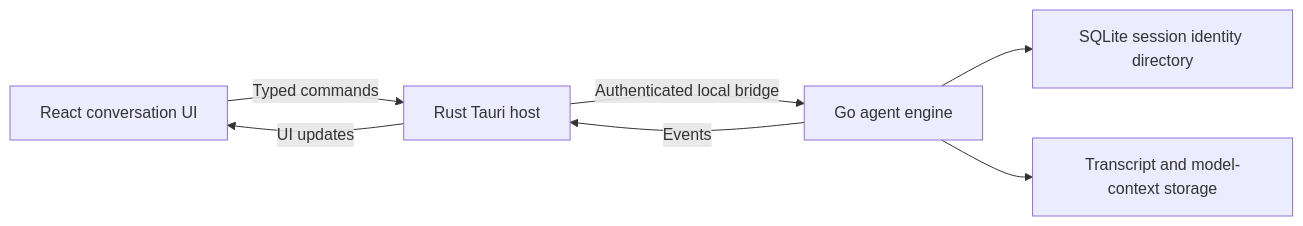
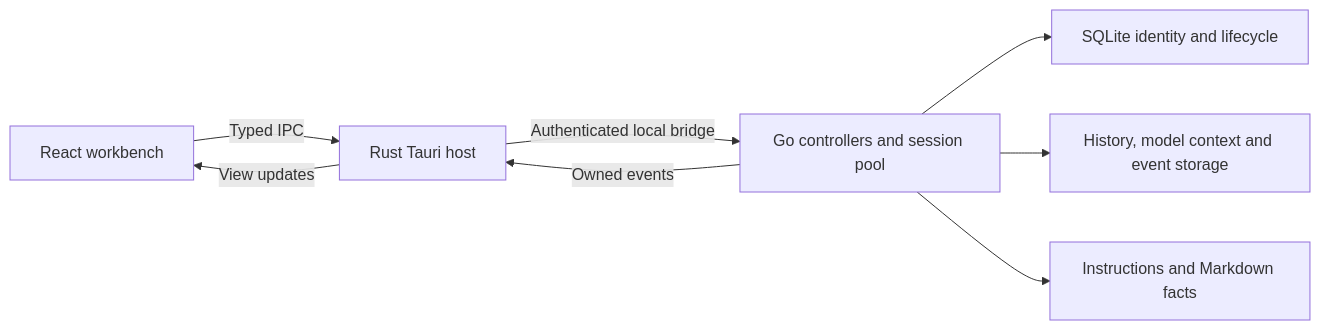
One commit to woaidachengzi/DeepSeek-Reasonix changed the diagram in README.md. Above: the diagram before and after it, drawn with Mermaid. The commit also changed other lines of this file and 2 other files, not shown here.

Commit message:
docs: refresh Tauri readmes for Cua voice and platform progress

````diff
--- a/README.md
+++ b/README.md
@@ -70,9 +88,10 @@
 ```mermaid
 flowchart LR
-    UI[React conversation UI] -->|Typed commands| Host[Rust Tauri host]
-    Host -->|Authenticated local bridge| Engine[Go agent engine]
-    Engine --> Directory[SQLite session identity directory]
-    Engine --> History[Transcript and model-context storage]
-    Engine -->|Events| Host
-    Host -->|UI updates| UI
+    UI[React workbench] -->|Typed IPC| Host[Rust Tauri host]
+    Host -->|Authenticated local bridge| Engine[Go controllers and session pool]
+    Engine --> Identity[SQLite identity and lifecycle]
+    Engine --> Transcript[History, model context and event storage]
+    Engine --> Memory[Instructions and Markdown facts]
+    Engine -->|Owned events| Host
+    Host -->|View updates| UI
 ```
````
